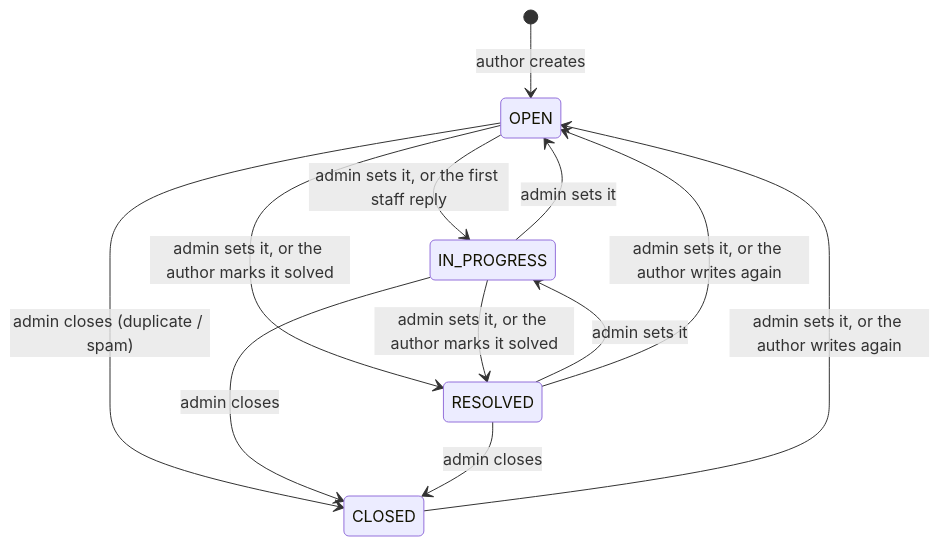
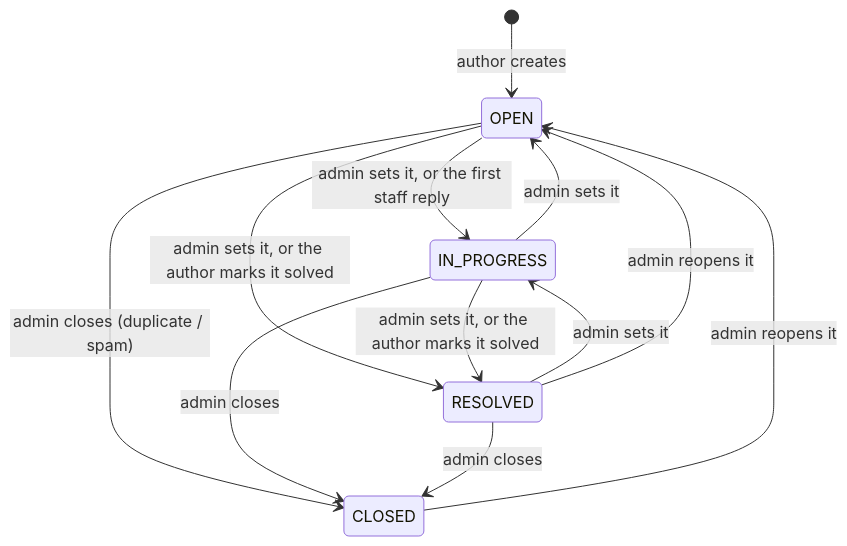
Before and after one commit to akshykmratloop/bookLeaf_support_system: the tenth of 15 diagrams in docs/architecture.md, drawn with Mermaid. The commit also changed other lines of this file and 43 other files, not shown here.

````diff
--- a/docs/architecture.md
+++ b/docs/architecture.md
@@ -417,14 +417,14 @@
 ```mermaid
 stateDiagram-v2
     [*] --> OPEN: author creates
     OPEN --> IN_PROGRESS: admin sets it, or the first staff reply
     OPEN --> RESOLVED: admin sets it, or the author marks it solved
     OPEN --> CLOSED: admin closes (duplicate / spam)
     IN_PROGRESS --> OPEN: admin sets it
     IN_PROGRESS --> RESOLVED: admin sets it, or the author marks it solved
     IN_PROGRESS --> CLOSED: admin closes
     RESOLVED --> IN_PROGRESS: admin sets it
     RESOLVED --> CLOSED: admin closes
-    RESOLVED --> OPEN: admin sets it, or the author writes again
-    CLOSED --> OPEN: admin sets it, or the author writes again
+    RESOLVED --> OPEN: admin reopens it
+    CLOSED --> OPEN: admin reopens it
 ```
````
